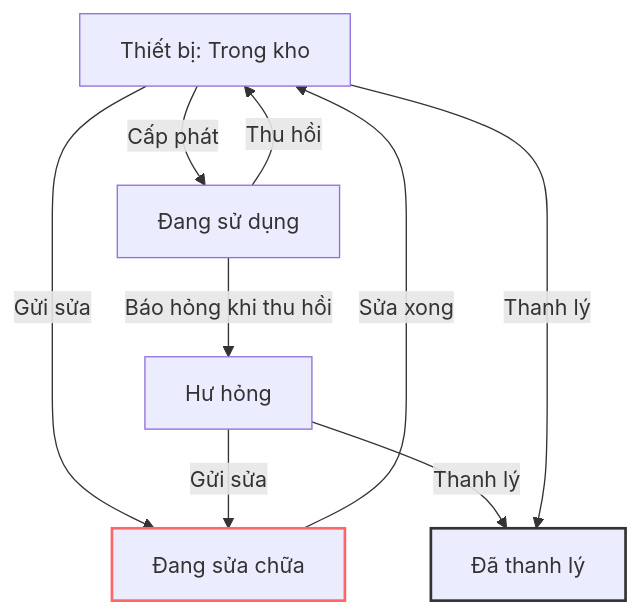
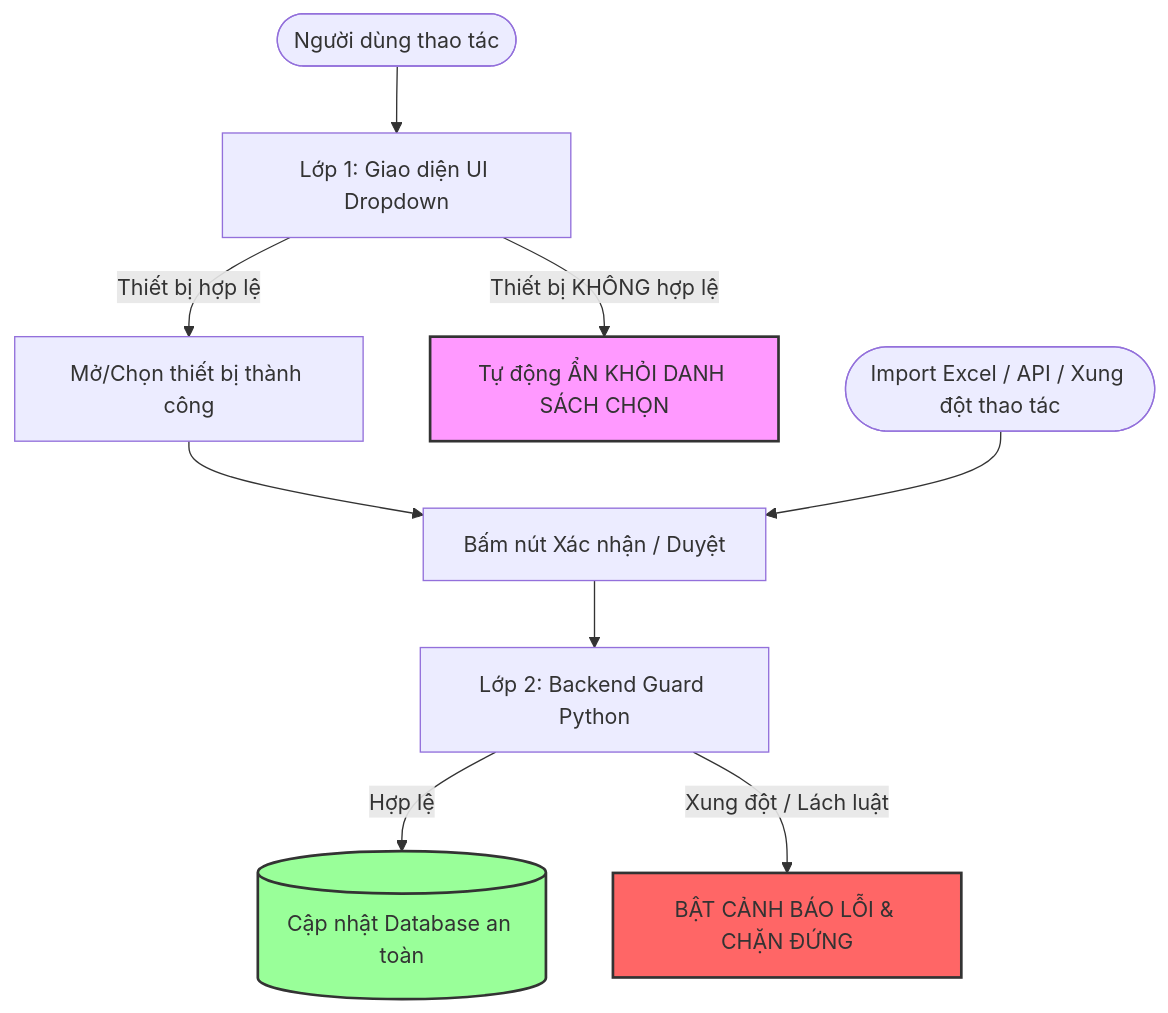
One commit to ShibaDeku99/odoo-company-equipment changed the diagram in PHASE_1_SUMMARY.md. Above: the diagram before and after it, drawn with Mermaid. The commit also changed other lines of this file, not shown here.

Commit message:
docs: clarify double guard mechanism in PHASE_1_SUMMARY.md

````diff
--- a/PHASE_1_SUMMARY.md
+++ b/PHASE_1_SUMMARY.md
@@ -12,14 +12,17 @@
 ```mermaid
 graph TD
-    A[Thiết bị: Trong kho] -->|Cấp phát| B[Đang sử dụng]
-    B -->|Thu hồi| A
-    B -->|Báo hỏng khi thu hồi| C[Hư hỏng]
-    A -->|Gửi sửa| D[Đang sửa chữa]
-    C -->|Gửi sửa| D
-    D -->|Sửa xong| A
-    C -->|Thanh lý| E[Đã thanh lý]
-    A -->|Thanh lý| E
+    User([Người dùng thao tác]) --> Layer1[Lớp 1: Giao diện UI Dropdown]
+    Layer1 -->|Thiết bị hợp lệ| Form[Mở/Chọn thiết bị thành công]
+    Layer1 -->|Thiết bị KHÔNG hợp lệ| Hide[Tự động ẨN KHỎI DANH SÁCH CHỌN]
 
-    style D stroke:#f66,stroke-width:2px
-    style E stroke:#333,stroke-width:2px
+    Form --> Action[Bấm nút Xác nhận / Duyệt]
+    API([Import Excel / API / Xung đột thao tác]) --> Action
+
+    Action --> Layer2[Lớp 2: Backend Guard Python]
+    Layer2 -->|Hợp lệ| DB[(Cập nhật Database an toàn)]
+    Layer2 -->|Xung đột / Lách luật| Error[BẬT CẢNH BÁO LỖI & CHẶN ĐỨNG]
+
+    style Hide fill:#f9f,stroke:#333,stroke-width:2px
+    style Error fill:#f66,stroke:#333,stroke-width:2px
+    style DB fill:#9f9,stroke:#333,stroke-width:2px
 ```
````
